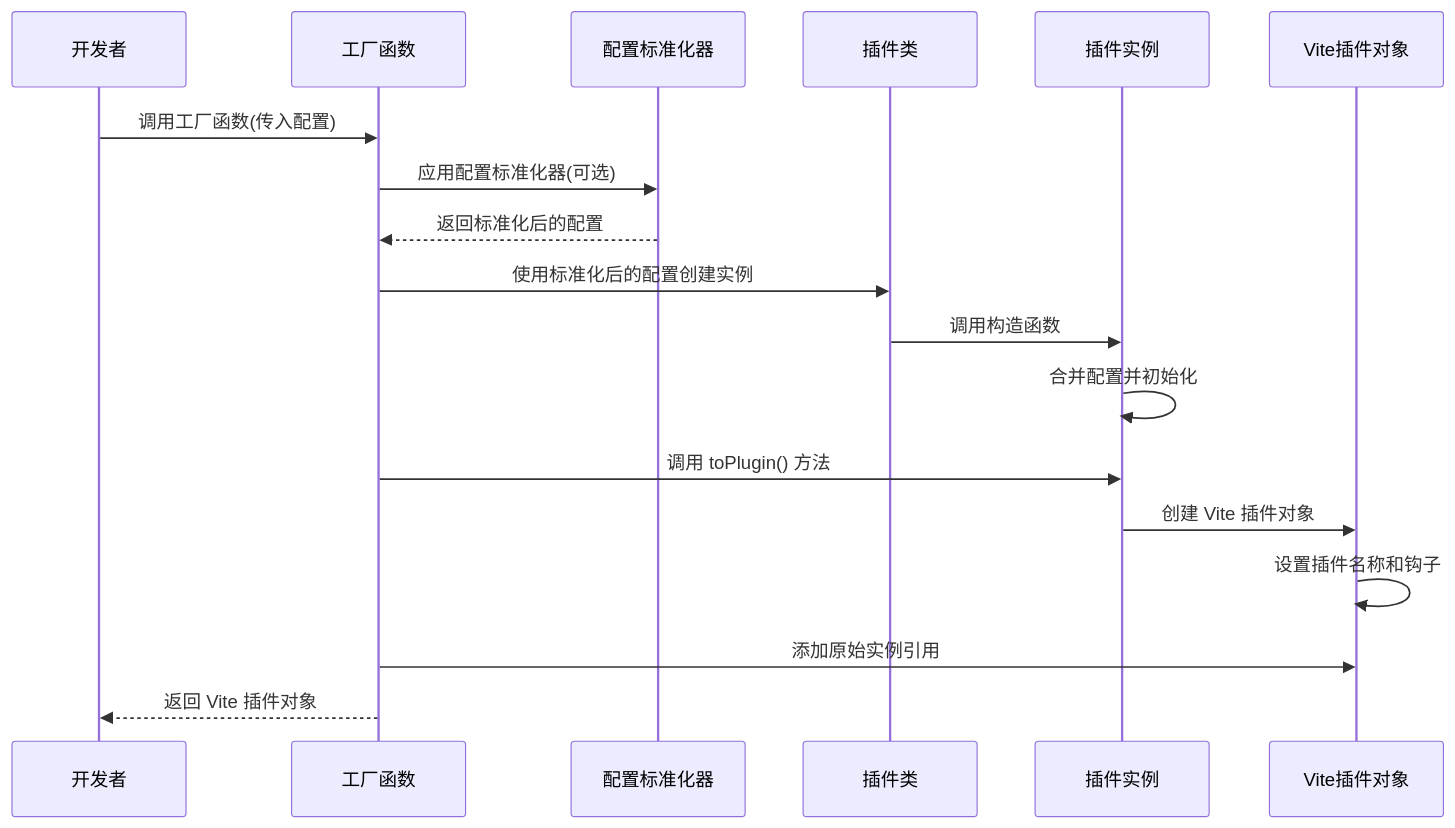
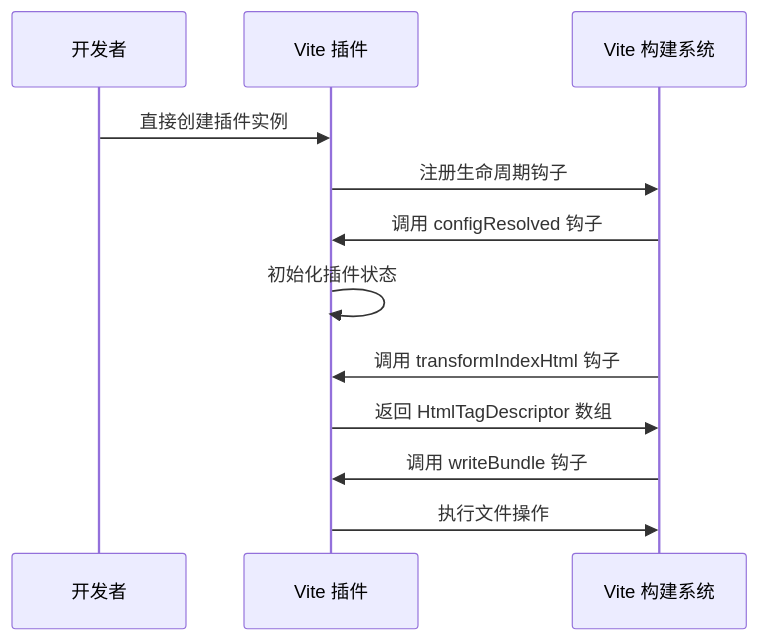
One commit to MengXi-Studio/vite-plugin changed the second of 6 diagrams in .qoder/repowiki/zh/content/插件开发/插件工厂系统.md. Above: the diagram before and after it, drawn with Mermaid. The commit also changed other lines of this file and 8 other files, not shown here.

````diff
--- a/.qoder/repowiki/zh/content/插件开发/插件工厂系统.md
+++ b/.qoder/repowiki/zh/content/插件开发/插件工厂系统.md
@@ -101,20 +97,14 @@
 ```mermaid
 sequenceDiagram
-participant User as 开发者
-participant Factory as 工厂函数
-participant Normalizer as 配置标准化器
-participant PluginClass as 插件类
-participant Instance as 插件实例
-participant VitePlugin as Vite插件对象
-User->>Factory : 调用工厂函数(传入配置)
-Factory->>Normalizer : 应用配置标准化器(可选)
-Normalizer-->>Factory : 返回标准化后的配置
-Factory->>PluginClass : 使用标准化后的配置创建实例
-PluginClass->>Instance : 调用构造函数
-Instance->>Instance : 合并配置并初始化
-Factory->>Instance : 调用 toPlugin() 方法
-Instance->>VitePlugin : 创建 Vite 插件对象
-VitePlugin->>VitePlugin : 设置插件名称和钩子
-Factory->>VitePlugin : 添加原始实例引用
-Factory-->>User : 返回 Vite 插件对象
+participant Dev as 开发者
+participant Plugin as Vite 插件
+participant Vite as Vite 构建系统
+Dev->>Plugin : 直接创建插件实例
+Plugin->>Vite : 注册生命周期钩子
+Vite->>Plugin : 调用 configResolved 钩子
+Plugin->>Plugin : 初始化插件状态
+Vite->>Plugin : 调用 transformIndexHtml 钩子
+Plugin->>Vite : 返回 HtmlTagDescriptor 数组
+Vite->>Plugin : 调用 writeBundle 钩子
+Plugin->>Vite : 执行文件操作
 ```
````
